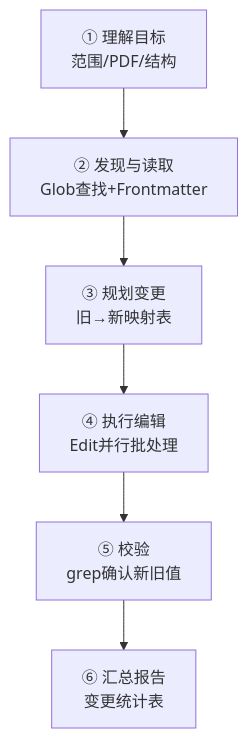
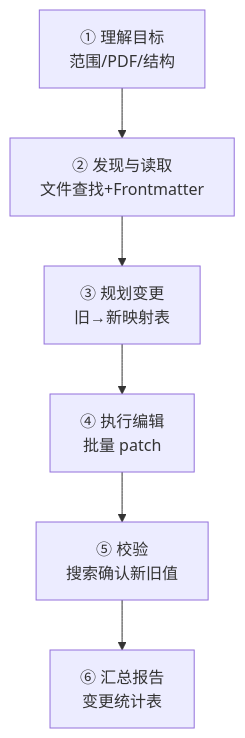
The second of 2 diagrams in paper-research/SKILL.md (Jwz-git/MySkills), drawn with Mermaid before and after one commit. The commit also changed other lines of this file and 5 other files, not shown here.

````diff
--- a/paper-research/SKILL.md
+++ b/paper-research/SKILL.md
@@ -301,8 +303,8 @@
 ```mermaid
 flowchart TB
-    A["① 理解目标<br/>范围/PDF/结构"] --> B["② 发现与读取<br/>Glob查找+Frontmatter"]
+    A["① 理解目标<br/>范围/PDF/结构"] --> B["② 发现与读取<br/>文件查找+Frontmatter"]
     B --> C["③ 规划变更<br/>旧→新映射表"]
-    C --> D["④ 执行编辑<br/>Edit并行批处理"]
-    D --> E["⑤ 校验<br/>grep确认新旧值"]
+    C --> D["④ 执行编辑<br/>批量 patch"]
+    D --> E["⑤ 校验<br/>搜索确认新旧值"]
     E --> F["⑥ 汇总报告<br/>变更统计表"]
 ```
````
